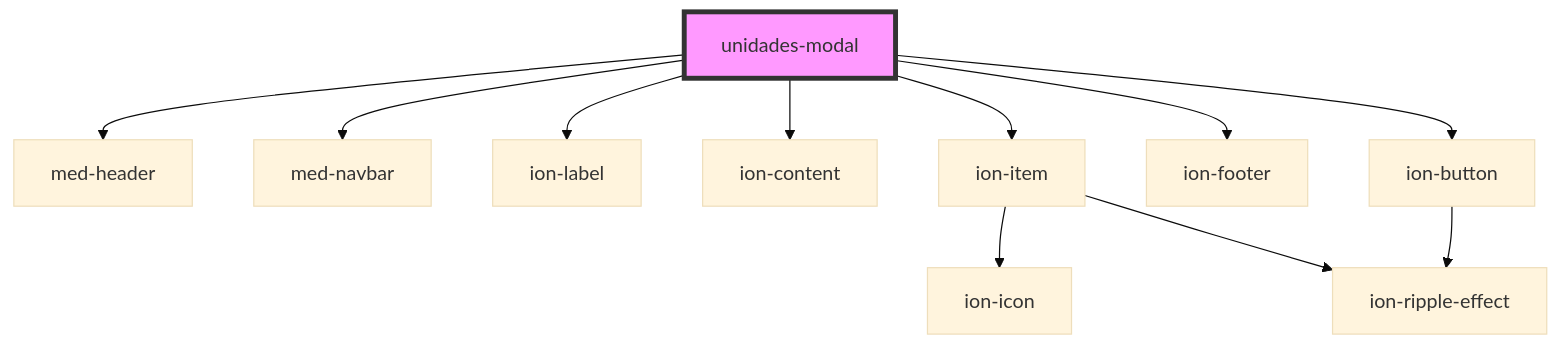
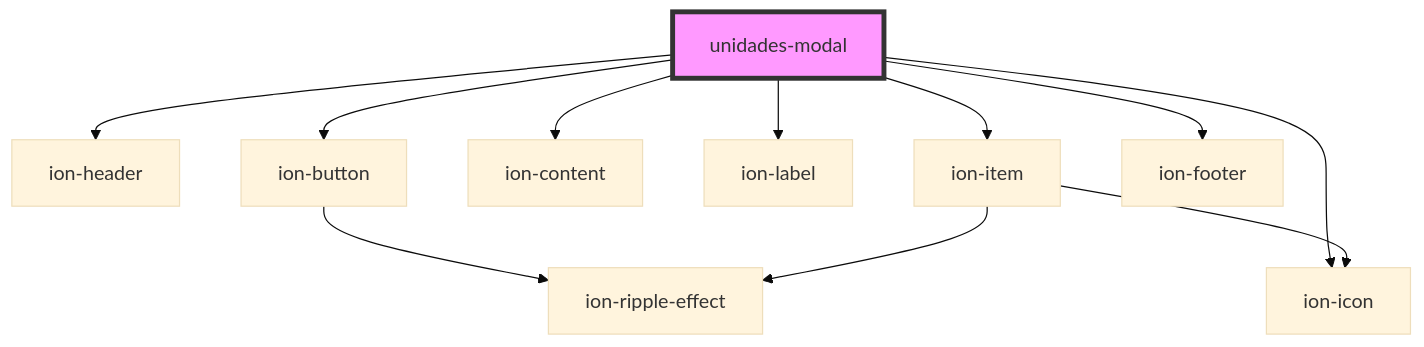
Before and after one commit to MEDGRUPOGIT/ionic-framework-1: the diagram in core/src/components/@templarios/ionic-1-migracao/simulados/unidades-modal/readme.md, drawn with Mermaid (base theme). The commit also changed other lines of this file and 8 other files, not shown here.

Commit message:
migração simulados modal unidades e especialidade

````diff
--- a/core/src/components/@templarios/ionic-1-migracao/simulados/unidades-modal/readme.md
+++ b/core/src/components/@templarios/ionic-1-migracao/simulados/unidades-modal/readme.md
@@ -21,14 +21,14 @@
 ```mermaid
 graph TD;
-  unidades-modal --> med-header
-  unidades-modal --> med-navbar
+  unidades-modal --> ion-header
+  unidades-modal --> ion-button
+  unidades-modal --> ion-icon
+  unidades-modal --> ion-content
   unidades-modal --> ion-label
-  unidades-modal --> ion-content
   unidades-modal --> ion-item
   unidades-modal --> ion-footer
-  unidades-modal --> ion-button
+  ion-button --> ion-ripple-effect
   ion-item --> ion-icon
   ion-item --> ion-ripple-effect
-  ion-button --> ion-ripple-effect
   style unidades-modal fill:#f9f,stroke:#333,stroke-width:4px
 ```
````
